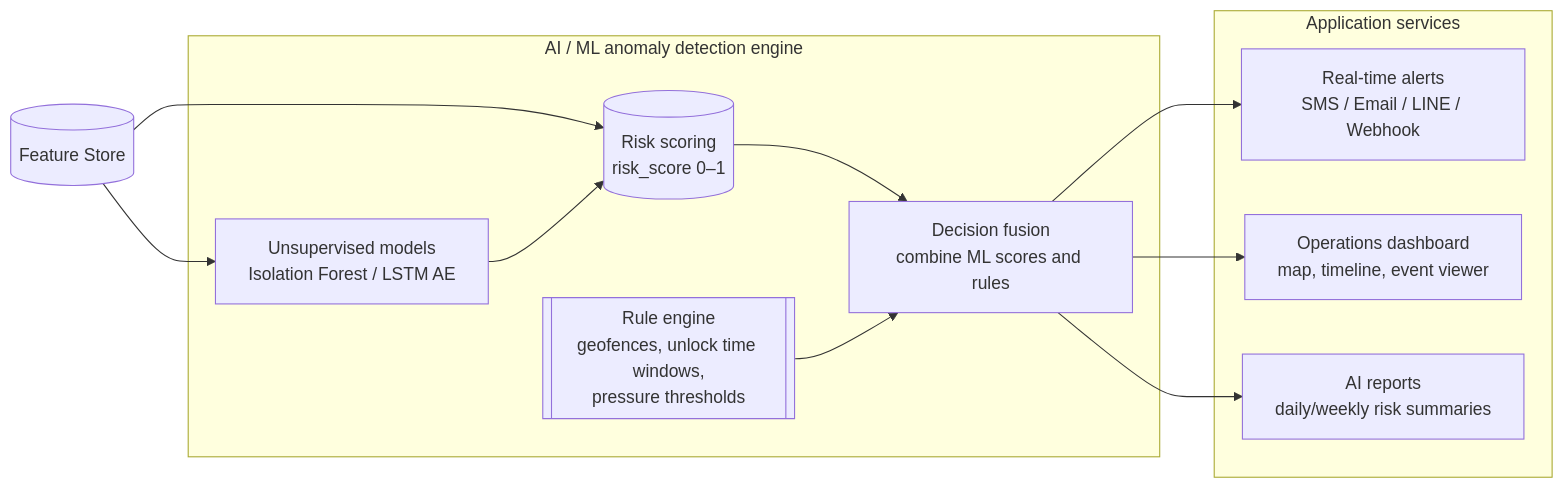
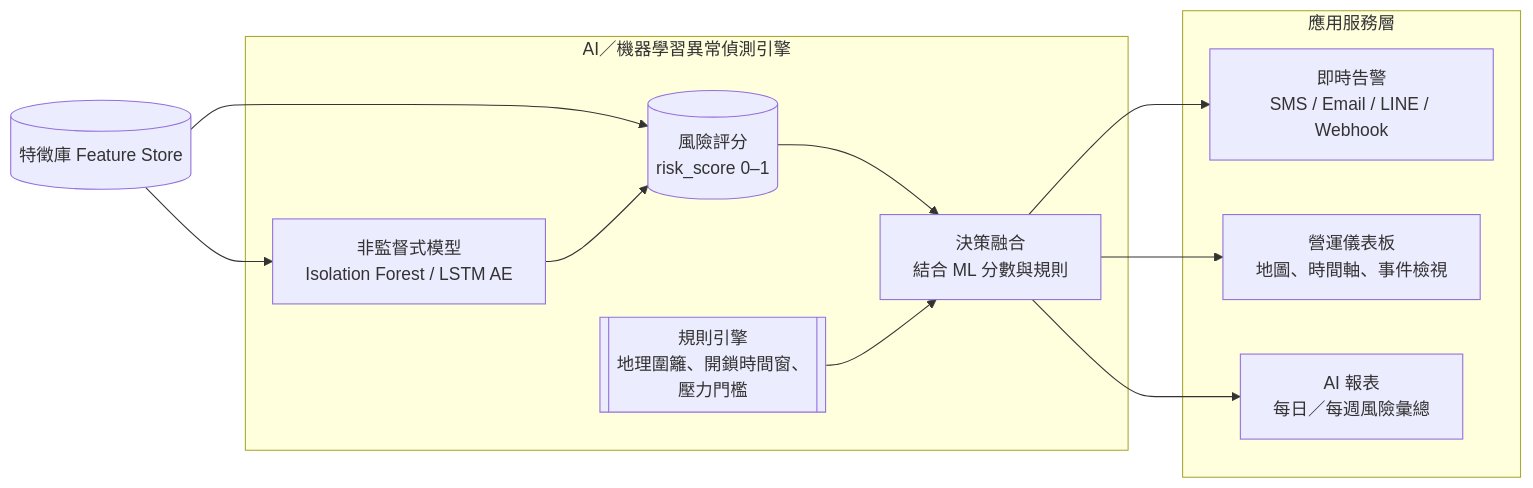
The eighth of 10 diagrams in proposal/AI-Application-Enhancement-Program-Proposal-Submission.md (jshuo/ai-moea-proposal), drawn with Mermaid before and after one commit. The commit also changed other lines of this file, not shown here.

Commit message:
Implement feature X to enhance user experience and optimize performance

````diff
--- a/proposal/AI-Application-Enhancement-Program-Proposal-Submission.md
+++ b/proposal/AI-Application-Enhancement-Program-Proposal-Submission.md
@@ -723,29 +764,30 @@
-  ```mermaid
-  flowchart LR
-    %% Diagram 2: AI/ML → Application services (consume Feature Store)
-    FEAT_HUB[(Feature Store)]
+```mermaid
+flowchart LR
+  %% 圖 2：AI / 機器學習 → 應用服務（消費特徵庫）
+  FEAT_HUB[(特徵庫 Feature Store)]
 
-    subgraph AI["AI / ML anomaly detection engine"]
-      ISOF[Unsupervised models<br/>Isolation Forest / LSTM AE]
-      RISK[(Risk scoring<br/>risk_score 0–1)]
-      RULES[[Rule engine<br/>geofences, unlock time windows,<br/>pressure thresholds]]
-      FUSE[Decision fusion<br/>combine ML scores and rules]
-    end
+  subgraph AI["AI／機器學習異常偵測引擎"]
+    ISOF[非監督式模型<br/>Isolation Forest / LSTM AE]
+    RISK[(風險評分<br/>risk_score 0–1)]
+    RULES[[規則引擎<br/>地理圍籬、開鎖時間窗、<br/>壓力門檻]]
+    FUSE[決策融合<br/>結合 ML 分數與規則]
+  end
 
-    subgraph Apps["Application services"]
-      ALERT[Real-time alerts<br/>SMS / Email / LINE / Webhook]
-      DASH[Operations dashboard<br/>map, timeline, event viewer]
-      REPORT[AI reports<br/>daily/weekly risk summaries]
-    end
+  subgraph Apps["應用服務層"]
+    ALERT[即時告警<br/>SMS / Email / LINE / Webhook]
+    DASH[營運儀表板<br/>地圖、時間軸、事件檢視]
+    REPORT[AI 報表<br/>每日／每週風險彙總]
+  end
 
-    FEAT_HUB --> ISOF
-    FEAT_HUB --> RISK
+  FEAT_HUB --> ISOF
+  FEAT_HUB --> RISK
 
-    ISOF --> RISK
-    RISK --> FUSE
-    RULES --> FUSE
+  ISOF --> RISK
+  RISK --> FUSE
+  RULES --> FUSE
 
-    FUSE --> ALERT
-    FUSE --> DASH
-    FUSE --> REPORT
-  ```
+  FUSE --> ALERT
+  FUSE --> DASH
+  FUSE --> REPORT
+
+```
````
